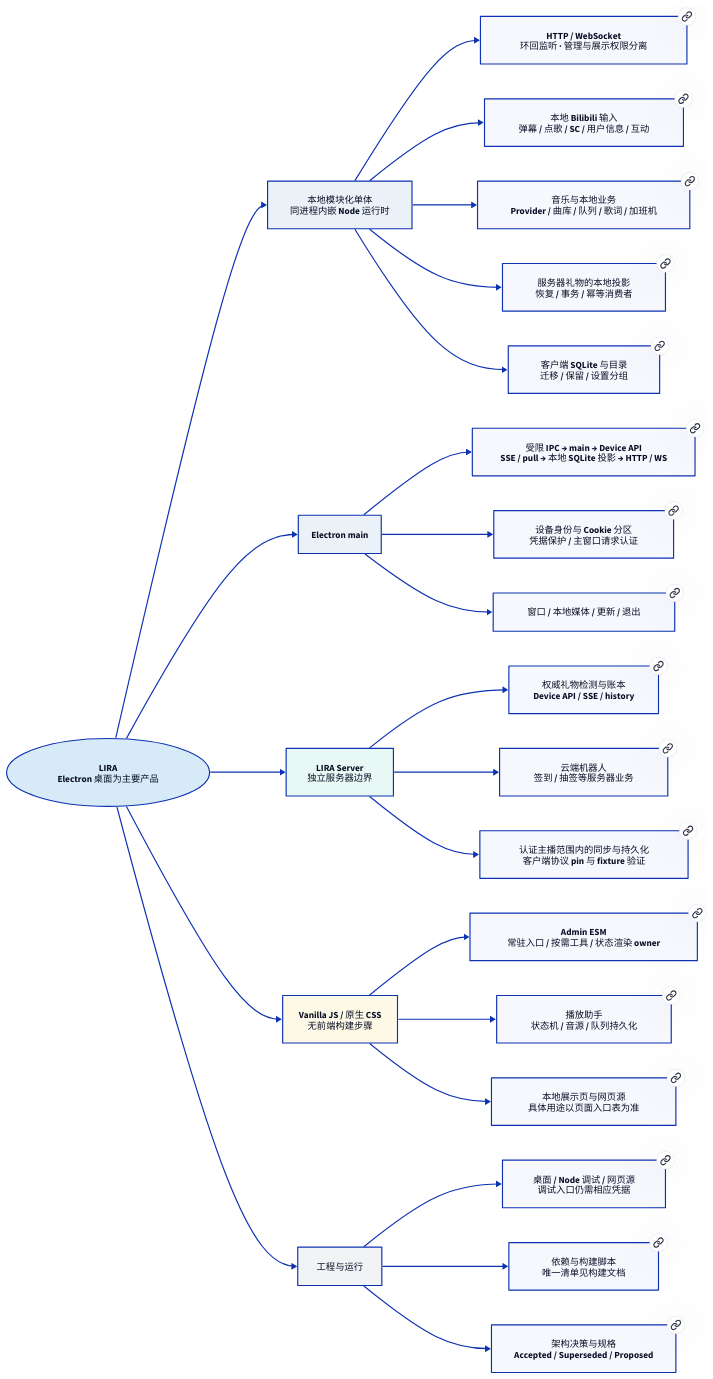
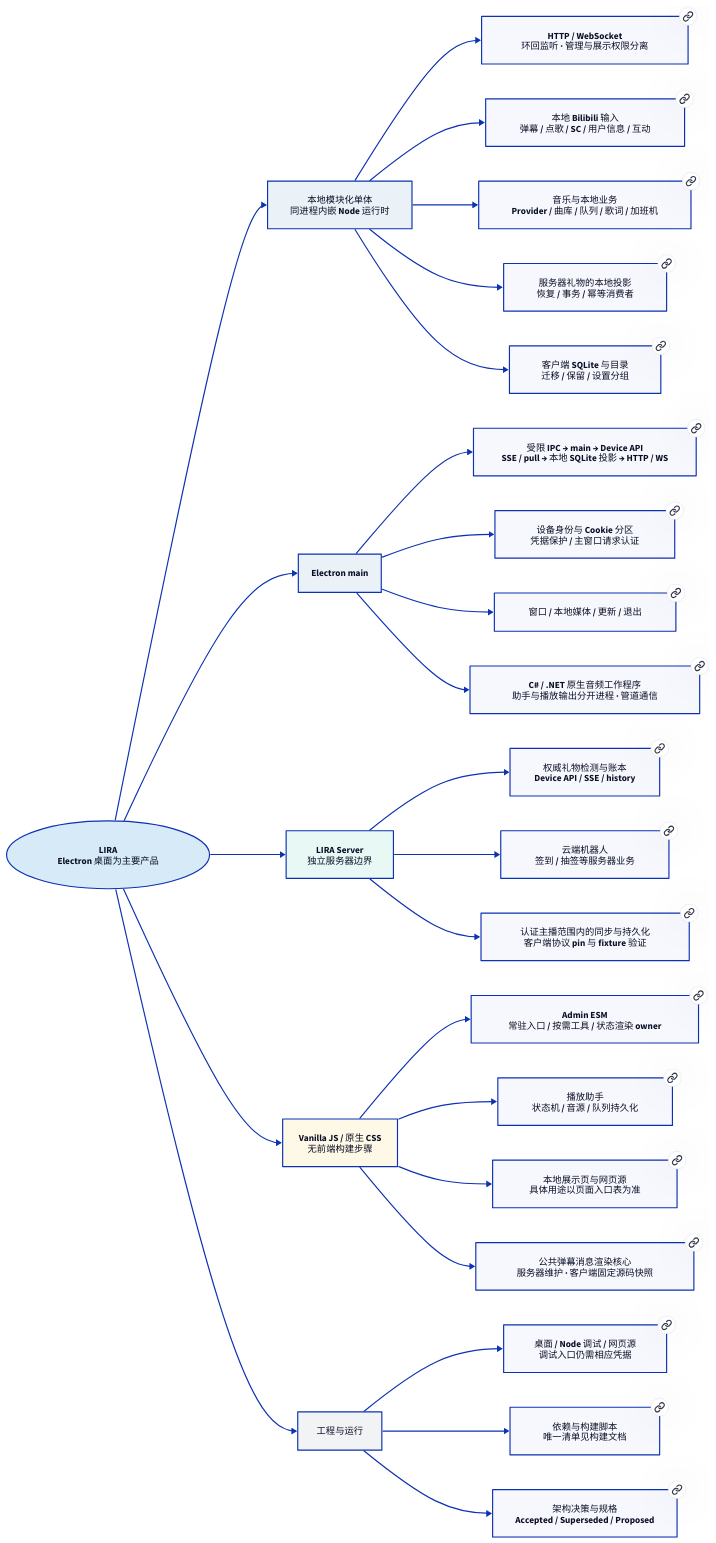
One commit to AuroraWhisperer/LIRA changed the diagram in docs/architecture/diagrams/overview.d2. Above: the diagram before and after it, drawn with D2. The commit also changed 88 other files, not shown here.

```diff
--- a/docs/architecture/diagrams/overview.d2
+++ b/docs/architecture/diagrams/overview.d2
@@ -1,56 +1,60 @@
 # LIRA · 职责与文档地图
 # 渲染: d2 --pad 24 overview.d2 overview.svg
 # PNG: 用已有 Playwright Chromium 加载生成的 SVG，viewport 取根 viewBox 宽高，白底截图。
 # D2 0.7.1 内置 PNG 驱动下载已失效；SVG 不依赖该驱动。
-# 当前实现总览；共享源码分发仍为 ADR-0020 提案，不属于本图已部署能力。
+# 当前实现总览；ADR-0020 已接受并实施公共消息渲染核心的固定源码快照，双方独立发布。
 direction: right
 root: {label: "LIRA\nElectron 桌面为主要产品"; shape: oval; style.fill: "#d6eaf8"}
 root -> local
 root -> desktop
 root -> remote
 root -> frontend
 root -> engineering
 
 local: {label: "本地模块化单体\n同进程内嵌 Node 运行时"; style.fill: "#eaf2f8"}
 local -> transport
 local -> bili
 local -> music
 local -> projection
 local -> storage
 transport: {label: "HTTP / WebSocket\n环回监听 · 管理与展示权限分离"; link: ../../reference/backend/server-core.md}
 bili: {label: "本地 Bilibili 输入\n弹幕 / 点歌 / SC / 用户信息 / 互动"; link: ../../reference/backend/bilibili/danmaku.md}
 music: {label: "音乐与本地业务\nProvider / 曲库 / 队列 / 歌词 / 加班机"; link: ../../reference/backend/music/services.md}
 projection: {label: "服务器礼物的本地投影\n恢复 / 事务 / 幂等消费者"; link: ../../reference/backend/bilibili/gift.md}
 storage: {label: "客户端 SQLite 与目录\n迁移 / 保留 / 设置分组"; link: ../../reference/backend/storage.md}
 
 desktop: {label: "Electron main"; style.fill: "#eaf2f8"}
 desktop -> bridge
 desktop -> auth
 desktop -> lifecycle
+desktop -> audio
 bridge: {label: "受限 IPC → main → Device API\nSSE / pull → 本地 SQLite 投影 → HTTP / WS"; link: ../../reference/desktop/preload.md}
 auth: {label: "设备身份与 Cookie 分区\n凭据保护 / 主窗口请求认证"; link: ../../reference/desktop/auth.md}
 lifecycle: {label: "窗口 / 本地媒体 / 更新 / 退出"; link: ../../reference/desktop/main.md}
+audio: {label: "C# / .NET 原生音频工作程序\n助手与播放输出分开进程 · 管道通信"; link: ../../reference/desktop/main.md}
 
 remote: {label: "LIRA Server\n独立服务器边界"; style.fill: "#e8f8f5"}
 remote -> gift
 remote -> bots
 remote -> sync
 gift: {label: "权威礼物检测与账本\nDevice API / SSE / history"; link: ../../reference/backend/bilibili/gift.md}
 bots: {label: "云端机器人\n签到 / 抽签等服务器业务"; link: ../../reference/desktop/main.md}
 sync: {label: "认证主播范围内的同步与持久化\n客户端协议 pin 与 fixture 验证"; link: ../../reference/engineering/test.md}
 
 frontend: {label: "Vanilla JS / 原生 CSS\n无前端构建步骤"; style.fill: "#fef9e7"}
 frontend -> admin
 frontend -> player
 frontend -> overlays
+frontend -> sharedRenderer
 admin: {label: "Admin ESM\n常驻入口 / 按需工具 / 状态渲染 owner"; link: ../../reference/frontend/app.md}
 player: {label: "播放助手\n状态机 / 音源 / 队列持久化"; link: ../../reference/frontend/playback.md}
 overlays: {label: "本地展示页与网页源\n具体用途以页面入口表为准"; link: ../../reference/frontend/pages.md}
+sharedRenderer: {label: "公共弹幕消息渲染核心\n服务器维护 · 客户端固定源码快照"; link: ../adr/0020-shared-danmaku-source.md}
 
 engineering: {label: "工程与运行"; style.fill: "#f2f3f4"}
 engineering -> modes
 engineering -> registries
 engineering -> decisions
 modes: {label: "桌面 / Node 调试 / 网页源\n调试入口仍需相应凭据"; link: ../../reference/engineering/build.md}
 registries: {label: "依赖与构建脚本\n唯一清单见构建文档"; link: ../../reference/engineering/build.md}
 decisions: {label: "架构决策与规格\nAccepted / Superseded / Proposed"; link: ../README.md}
```
